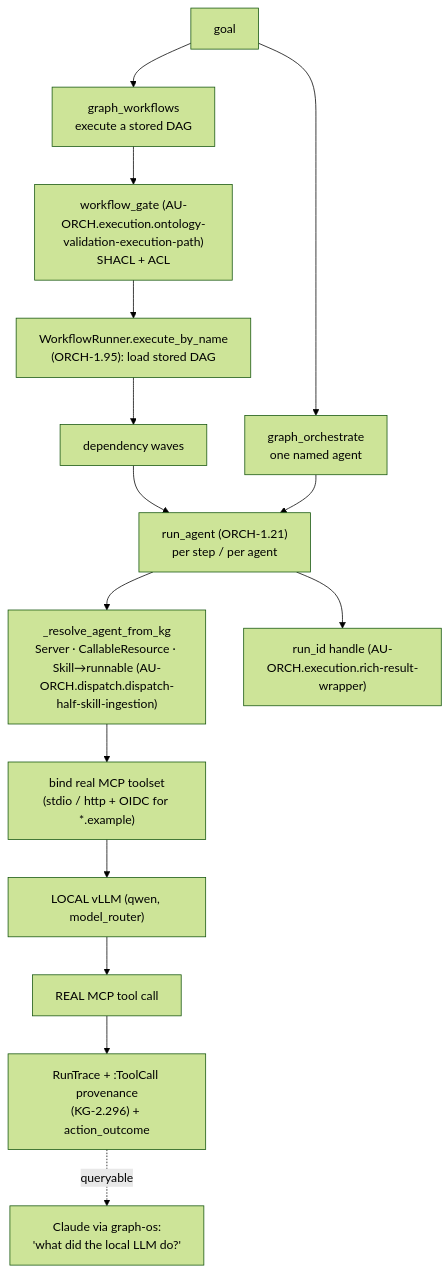
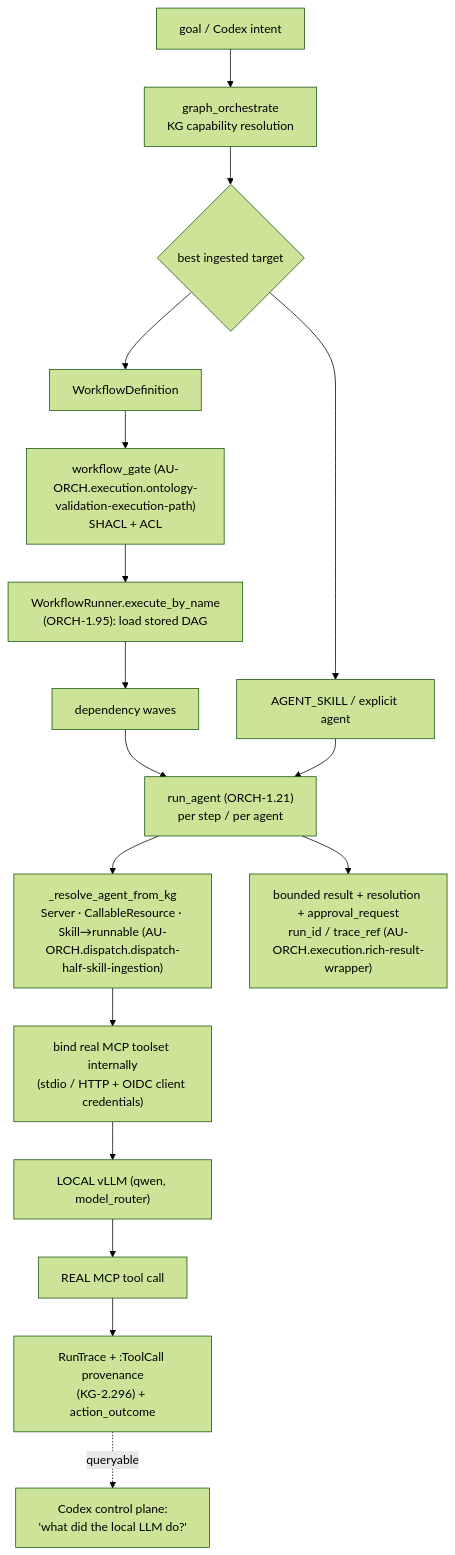
One commit to Knuckles-Team/agent-utilities changed the diagram in docs/architecture/orchestration-execution-seam.md. Above: the diagram before and after it, drawn with Mermaid (forest theme). The commit also changed other lines of this file and 42 other files, not shown here.

Commit message:
feat(graphos): add KG-resolved skill execution gateway

````diff
--- a/docs/architecture/orchestration-execution-seam.md
+++ b/docs/architecture/orchestration-execution-seam.md
@@ -25,17 +26,19 @@
 ```mermaid
 flowchart TD
-    G[goal] --> O["graph_orchestrate<br/>one named agent"]
-    G --> WF["graph_workflows<br/>execute a stored DAG"]
+    G[goal / Codex intent] --> O["graph_orchestrate<br/>KG capability resolution"]
+    O --> PICK{"best ingested target"}
+    PICK --> SKILL["AGENT_SKILL / explicit agent"]
+    PICK --> WF["WorkflowDefinition"]
     WF --> GATE["workflow_gate (AU-ORCH.execution.ontology-validation-execution-path)<br/>SHACL + ACL"]
     GATE --> WR["WorkflowRunner.execute_by_name<br/>(ORCH-1.95): load stored DAG"]
     WR --> WAVE["dependency waves"]
     WAVE --> RA["run_agent (ORCH-1.21)<br/>per step / per agent"]
-    O --> RA
+    SKILL --> RA
     RA --> RES["_resolve_agent_from_kg<br/>Server · CallableResource · Skill→runnable (AU-ORCH.dispatch.dispatch-half-skill-ingestion)"]
-    RES --> BIND["bind real MCP toolset<br/>(stdio / http + OIDC for *.example)"]
+    RES --> BIND["bind real MCP toolset internally<br/>(stdio / HTTP + OIDC client credentials)"]
     BIND --> LLM["LOCAL vLLM (qwen, model_router)"]
     LLM --> TOOL["REAL MCP tool call"]
     TOOL --> TRACE["RunTrace + :ToolCall provenance<br/>(KG-2.296) + action_outcome"]
-    RA --> RID["run_id handle (AU-ORCH.execution.rich-result-wrapper)"]
-    TRACE -.queryable.-> CLAUDE["Claude via graph-os:<br/>'what did the local LLM do?'"]
+    RA --> RID["bounded result + resolution + approval_request<br/>run_id / trace_ref (AU-ORCH.execution.rich-result-wrapper)"]
+    TRACE -.queryable.-> CODEX["Codex control plane:<br/>'what did the local LLM do?'"]
 ```
````
